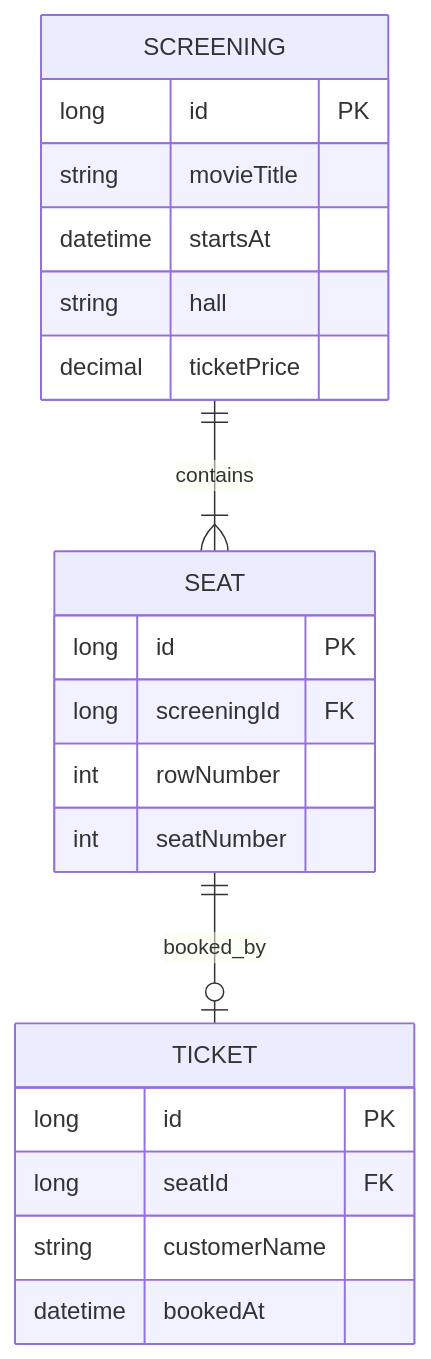
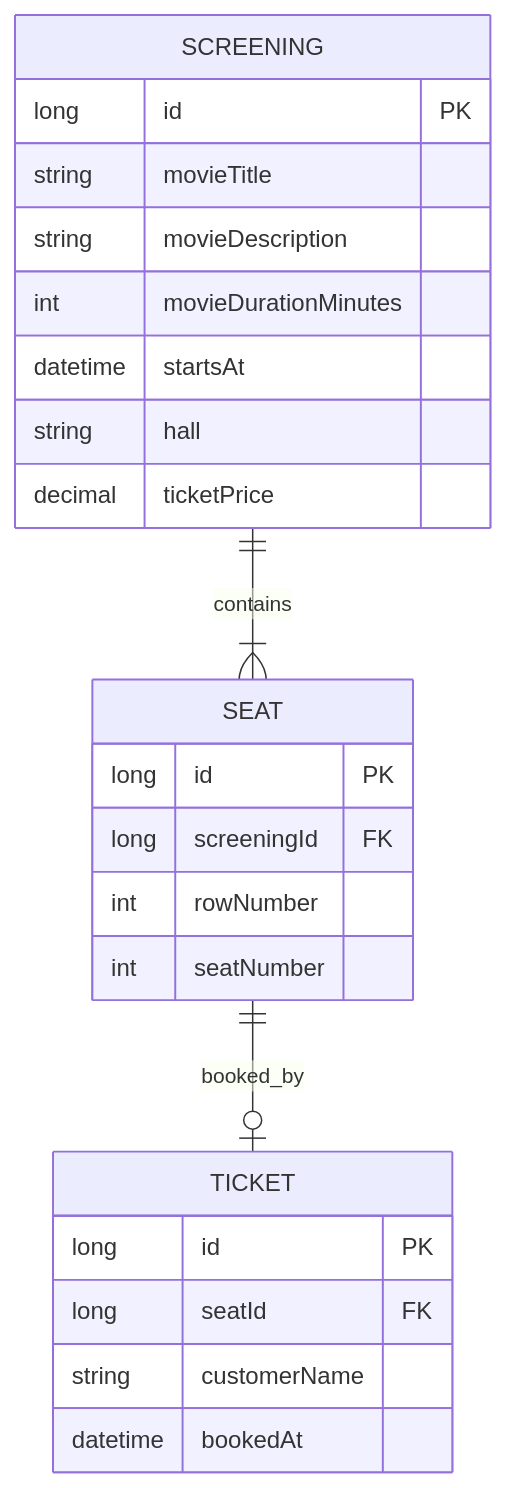
One commit to The-shtrihs/AbsoluteSvinema changed the diagram in README.md. Above: the diagram before and after it, drawn with Mermaid. The commit also changed other lines of this file and 22 other files, not shown here.

````diff
--- a/README.md
+++ b/README.md
@@ -49,24 +49,26 @@
 ```mermaid
 erDiagram
     SCREENING ||--|{ SEAT : contains
     SEAT ||--o| TICKET : booked_by
     SCREENING {
         long id PK
         string movieTitle
+        string movieDescription
+        int movieDurationMinutes
         datetime startsAt
         string hall
         decimal ticketPrice
     }
     SEAT {
         long id PK
         long screeningId FK
         int rowNumber
         int seatNumber
     }
     TICKET {
         long id PK
         long seatId FK
         string customerName
         datetime bookedAt
     }
 ```
````
